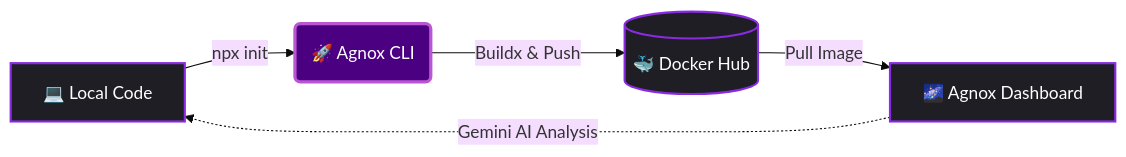
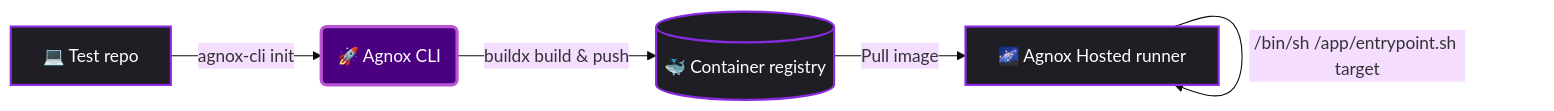
One commit to keinar/agnox-cli changed the diagram in README.md. Above: the diagram before and after it, drawn with Mermaid (base theme). The commit also changed other lines of this file and 10 other files, not shown here.

First line of the commit message:
feat: align generated runner files with current Agnox Hosted worker (v2.1.0)

````diff
--- a/README.md
+++ b/README.md
@@ -36,11 +38,11 @@
 ```mermaid
 graph LR
-    A[💻 Local Code] -->|npx init| B(🚀 Agnox CLI)
-    B -->|Buildx & Push| C[(🐳 Docker Hub)]
-    C -->|Pull Image| D[🌌 Agnox Dashboard]
-    D -.->|Gemini AI Analysis| A
-    
+    A[💻 Test repo] -->|agnox-cli init| B(🚀 Agnox CLI)
+    B -->|buildx build & push| C[(🐳 Container registry)]
+    C -->|Pull image| D[🌌 Agnox Hosted runner]
+    D -->|/bin/sh /app/entrypoint.sh target| D
+
     classDef default fill:#1e1e24,stroke:#8a2be2,stroke-width:2px,color:#fff;
     classDef cli fill:#4b0082,stroke:#ba55d3,stroke-width:3px,color:#fff;
     class B cli;
 ```
````
